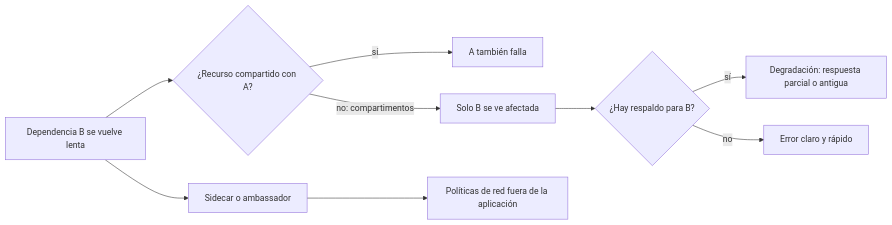
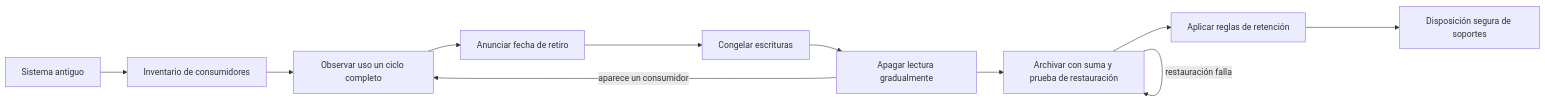
The diagram in content/part-43/SE-525.md (vladimiracunadev-create/modern-software-engineering-program), drawn with Mermaid before and after one commit. The commit also changed other lines of this file and 5193 other files, not shown here.

````diff
--- a/content/part-43/SE-525.md
+++ b/content/part-43/SE-525.md
@@ -58,11 +56,13 @@
 ```mermaid
 flowchart LR
-    A[Dependencia B se vuelve lenta] --> B{¿Recurso compartido con A?}
-    B -->|sí| C[A también falla]
-    B -->|no: compartimentos| D[Solo B se ve afectada]
-    D --> E{¿Hay respaldo para B?}
-    E -->|sí| F[Degradación: respuesta parcial o antigua]
-    E -->|no| G[Error claro y rápido]
-    A --> H[Sidecar o ambassador]
-    H --> I[Políticas de red fuera de la aplicación]
+    A[Sistema antiguo] --> B[Inventario de consumidores]
+    B --> C[Observar uso un ciclo completo]
+    C --> D[Anunciar fecha de retiro]
+    D --> E[Congelar escrituras]
+    E --> F[Apagar lectura gradualmente]
+    F --> G[Archivar con suma y prueba de restauración]
+    G --> H[Aplicar reglas de retención]
+    H --> I[Disposición segura de soportes]
+    F -->|aparece un consumidor| C
+    G -->|restauración falla| G
 ```
````
